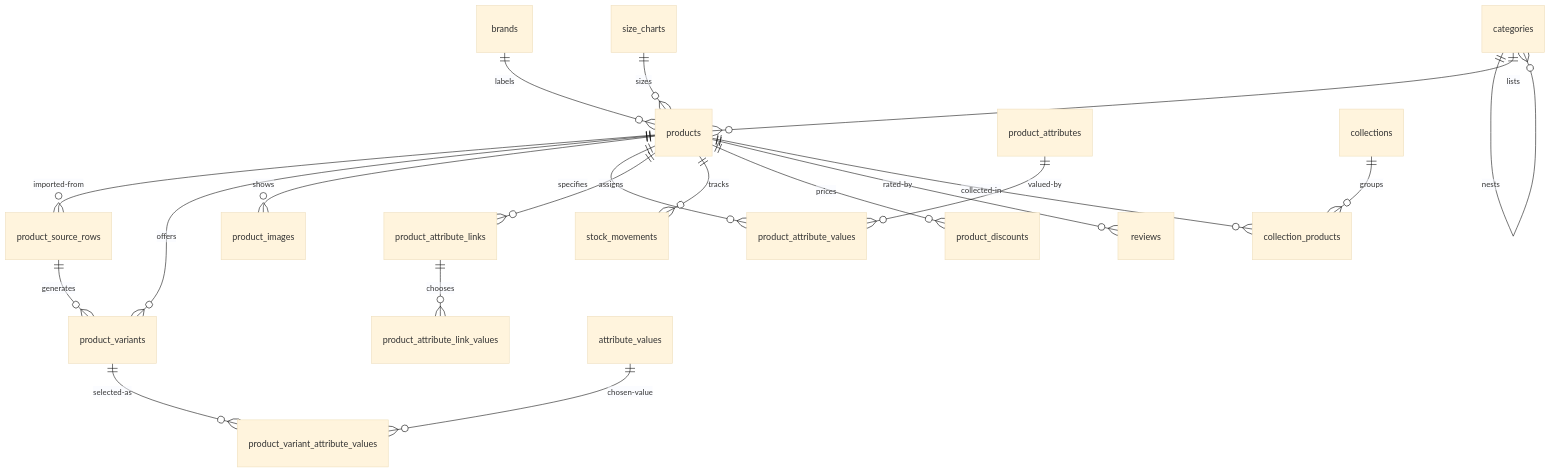
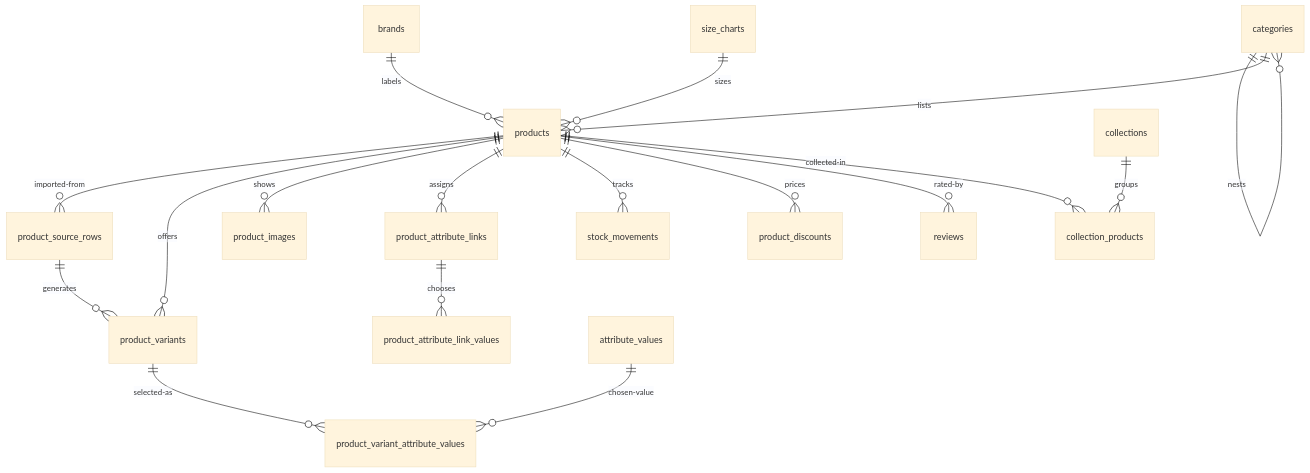
Before and after one commit to UnmarriedIdentity/the-unlugged-wear: the diagram in DOC/backend/04-Catalog.md, drawn with Mermaid (base theme). The commit also changed other lines of this file and 8 other files, not shown here.

````diff
--- a/DOC/backend/04-Catalog.md
+++ b/DOC/backend/04-Catalog.md
@@ -351,22 +335,20 @@
 ```mermaid
 erDiagram
     categories ||--o{ categories : nests
     categories ||--o{ products : lists
     brands ||--o{ products : labels
     size_charts ||--o{ products : sizes
     products ||--o{ product_source_rows : imported-from
     products ||--o{ product_variants : offers
     product_source_rows ||--o{ product_variants : generates
     products ||--o{ product_images : shows
-    products ||--o{ product_attribute_values : specifies
-    product_attributes ||--o{ product_attribute_values : valued-by
     products ||--o{ product_attribute_links : assigns
     product_attribute_links ||--o{ product_attribute_link_values : chooses
     product_variants ||--o{ product_variant_attribute_values : selected-as
     attribute_values ||--o{ product_variant_attribute_values : chosen-value
     products ||--o{ stock_movements : tracks
     products ||--o{ product_discounts : prices
     products ||--o{ reviews : rated-by
     products ||--o{ collection_products : collected-in
     collections ||--o{ collection_products : groups
 ```
````
